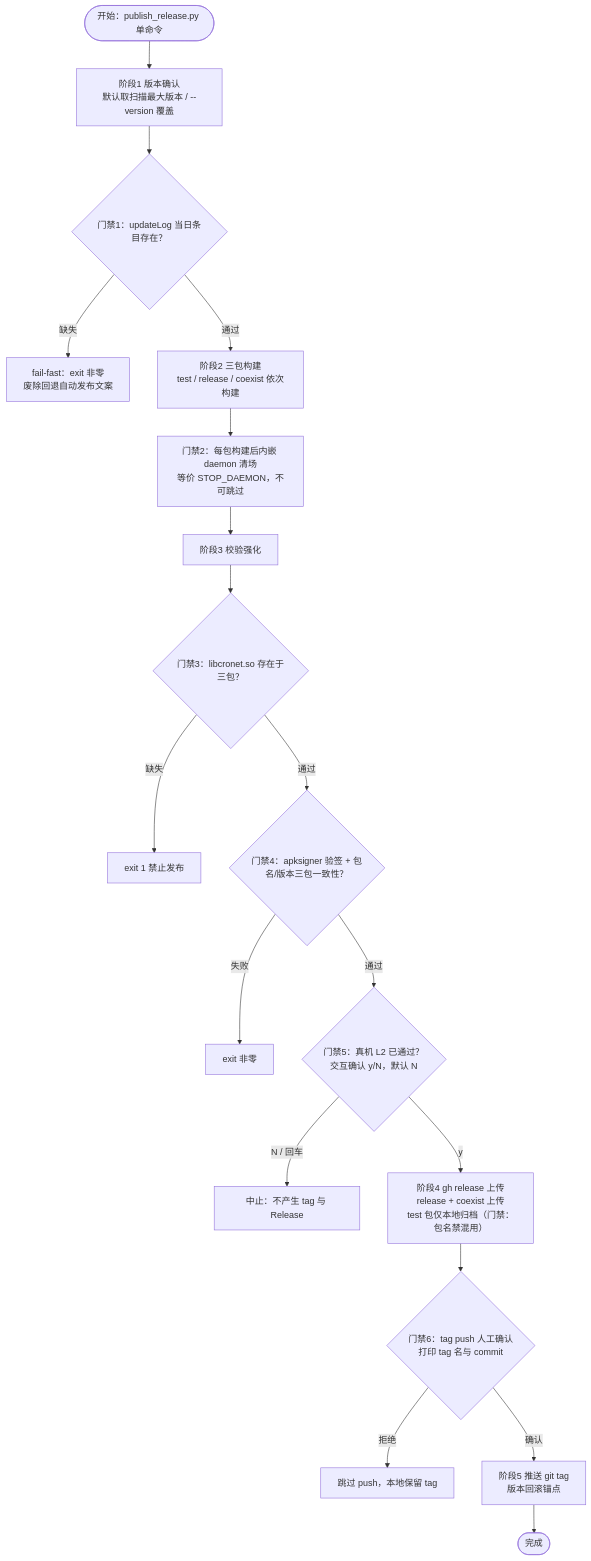
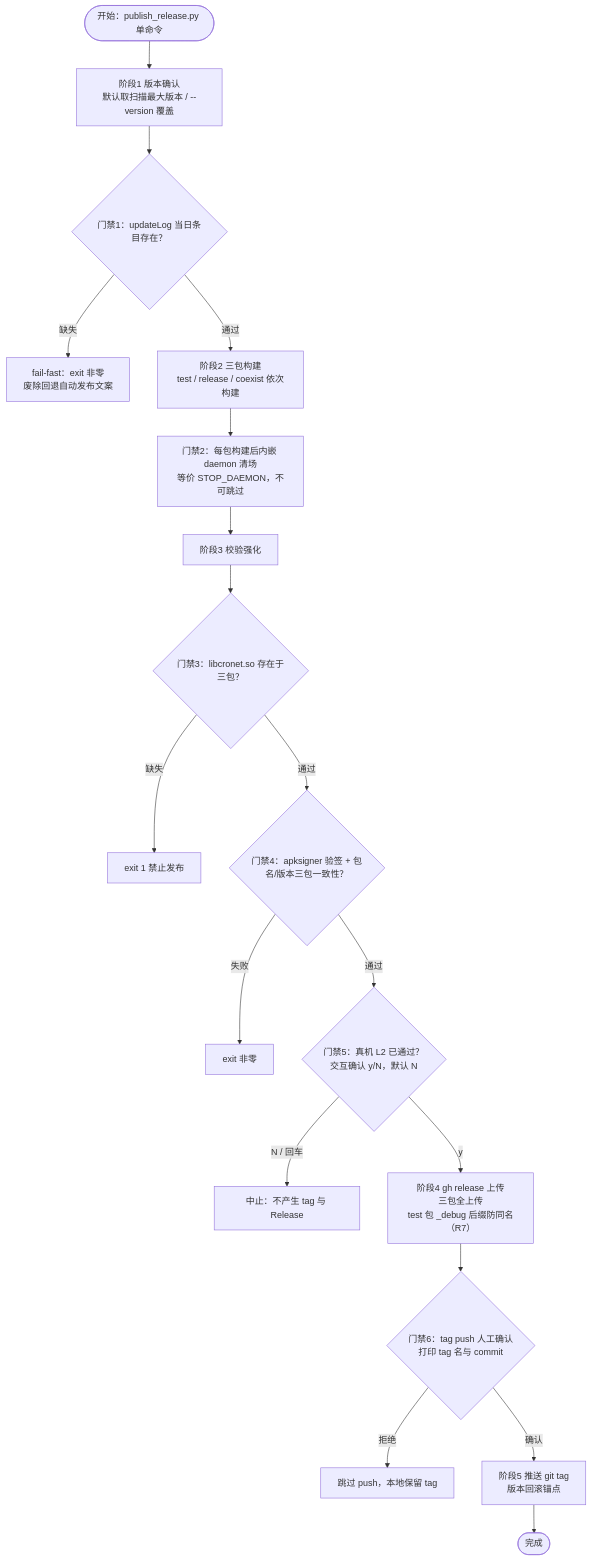
One commit to legado-backup/legado-m changed the diagram in docs/specs/build-release-automation/spec.md. Above: the diagram before and after it, drawn with Mermaid. The commit also changed other lines of this file and 6 other files, not shown here.

````diff
--- a/docs/specs/build-release-automation/spec.md
+++ b/docs/specs/build-release-automation/spec.md
@@ -122,20 +122,20 @@
 ```mermaid
 flowchart TD
     S(["开始：publish_release.py 单命令"]) --> A["阶段1 版本确认<br/>默认取扫描最大版本 / --version 覆盖"]
     A --> G1{"门禁1：updateLog 当日条目存在？"}
     G1 -->|"缺失"| F1["fail-fast：exit 非零<br/>废除回退自动发布文案"]
     G1 -->|"通过"| B["阶段2 三包构建<br/>test / release / coexist 依次构建"]
     B --> D1["门禁2：每包构建后内嵌 daemon 清场<br/>等价 STOP_DAEMON，不可跳过"]
     D1 --> C["阶段3 校验强化"]
     C --> G3{"门禁3：libcronet.so 存在于三包？"}
     G3 -->|"缺失"| F3["exit 1 禁止发布"]
     G3 -->|"通过"| G4{"门禁4：apksigner 验签 + 包名/版本三包一致性？"}
     G4 -->|"失败"| F4["exit 非零"]
     G4 -->|"通过"| G5{"门禁5：真机 L2 已通过？<br/>交互确认 y/N，默认 N"}
     G5 -->|"N / 回车"| F5["中止：不产生 tag 与 Release"]
-    G5 -->|"y"| E["阶段4 gh release 上传<br/>release + coexist 上传<br/>test 包仅本地归档（门禁：包名禁混用）"]
+    G5 -->|"y"| E["阶段4 gh release 上传<br/>三包全上传<br/>test 包 _debug 后缀防同名（R7）"]
     E --> G6{"门禁6：tag push 人工确认<br/>打印 tag 名与 commit"}
     G6 -->|"拒绝"| F6["跳过 push，本地保留 tag"]
     G6 -->|"确认"| T["阶段5 推送 git tag<br/>版本回滚锚点"]
     T --> DONE(["完成"])
 ```
````
